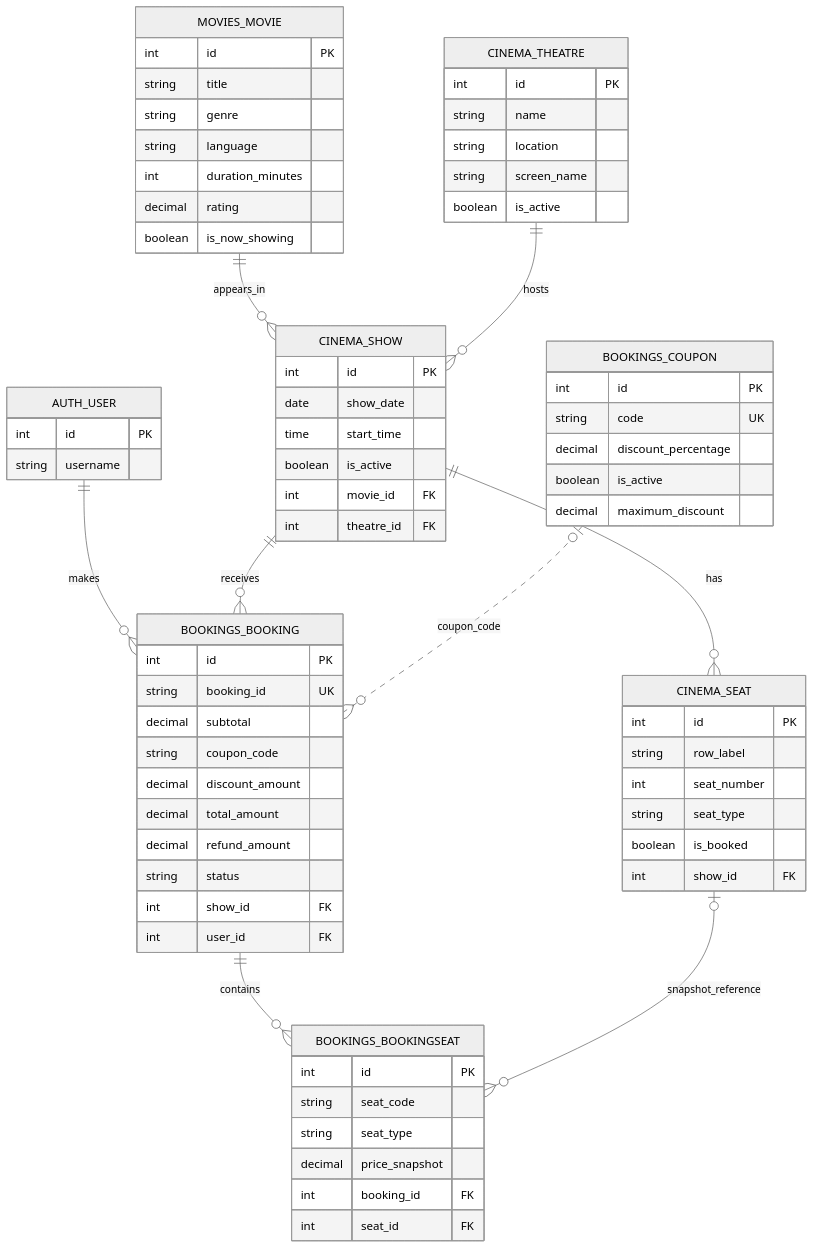
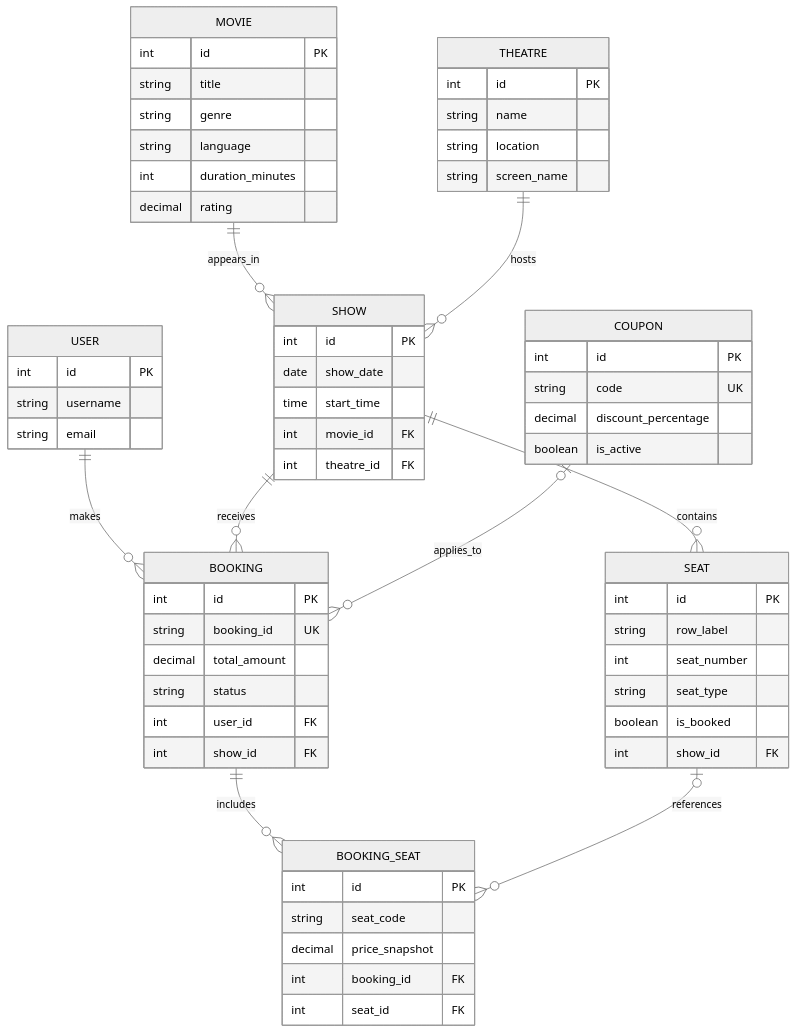
The third of 4 diagrams in README.md (venkatpranav12/TICKET-BOOKING-WEBSITE-), drawn with Mermaid (neutral theme) before and after one commit. The commit also changed other lines of this file, not shown here.

````diff
--- a/README.md
+++ b/README.md
@@ -145,75 +194,74 @@
 ```mermaid
 erDiagram
-    AUTH_USER ||--o{ BOOKINGS_BOOKING : makes
-    MOVIES_MOVIE ||--o{ CINEMA_SHOW : appears_in
-    CINEMA_THEATRE ||--o{ CINEMA_SHOW : hosts
-    CINEMA_SHOW ||--o{ CINEMA_SEAT : has
-    CINEMA_SHOW ||--o{ BOOKINGS_BOOKING : receives
-    BOOKINGS_BOOKING ||--o{ BOOKINGS_BOOKINGSEAT : contains
-    CINEMA_SEAT o|--o{ BOOKINGS_BOOKINGSEAT : snapshot_reference
-    BOOKINGS_COUPON o|..o{ BOOKINGS_BOOKING : coupon_code
+    USER ||--o{ BOOKING : makes
+    MOVIE ||--o{ SHOW : appears_in
+    THEATRE ||--o{ SHOW : hosts
+    SHOW ||--o{ SEAT : contains
+    SHOW ||--o{ BOOKING : receives
+    BOOKING ||--o{ BOOKING_SEAT : includes
+    SEAT o|--o{ BOOKING_SEAT : references
+    COUPON o|--o{ BOOKING : applies_to
 
-    AUTH_USER {
+    USER {
         int id PK
         string username
+        string email
     }
-    MOVIES_MOVIE {
+
+    MOVIE {
         int id PK
         string title
         string genre
         string language
         int duration_minutes
         decimal rating
-        boolean is_now_showing
     }
-    CINEMA_THEATRE {
+
+    THEATRE {
         int id PK
         string name
         string location
         string screen_name
-        boolean is_active
     }
-    CINEMA_SHOW {
+
+    SHOW {
         int id PK
         date show_date
         time start_time
-        boolean is_active
         int movie_id FK
         int theatre_id FK
     }
-    CINEMA_SEAT {
+
+    SEAT {
         int id PK
         string row_label
         int seat_number
         string seat_type
         boolean is_booked
         int show_id FK
     }
-    BOOKINGS_BOOKING {
+
+    BOOKING {
         int id PK
         string booking_id UK
-        decimal subtotal
-        string coupon_code
-        decimal discount_amount
         decimal total_amount
-        decimal refund_amount
         string status
+        int user_id FK
         int show_id FK
-        int user_id FK
     }
-    BOOKINGS_BOOKINGSEAT {
+
+    BOOKING_SEAT {
         int id PK
         string seat_code
-        string seat_type
         decimal price_snapshot
         int booking_id FK
         int seat_id FK
     }
-    BOOKINGS_COUPON {
+
+    COUPON {
         int id PK
         string code UK
         decimal discount_percentage
         boolean is_active
-        decimal maximum_discount
     }
 ```
````
